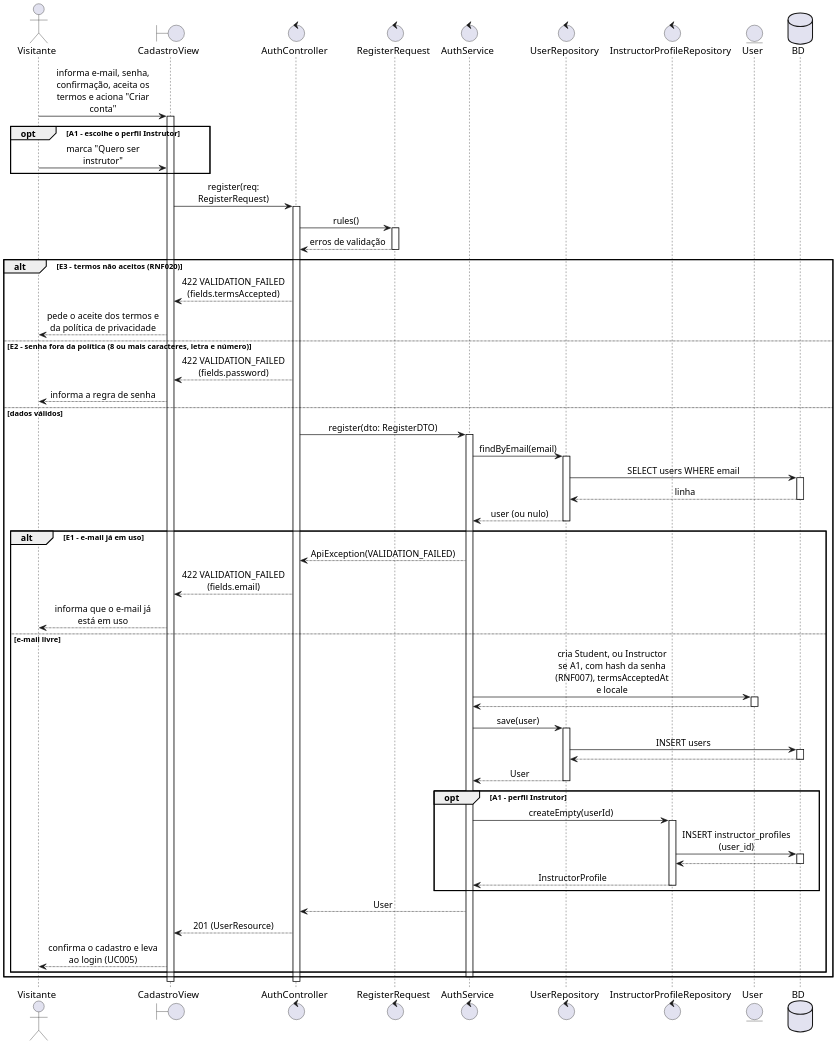
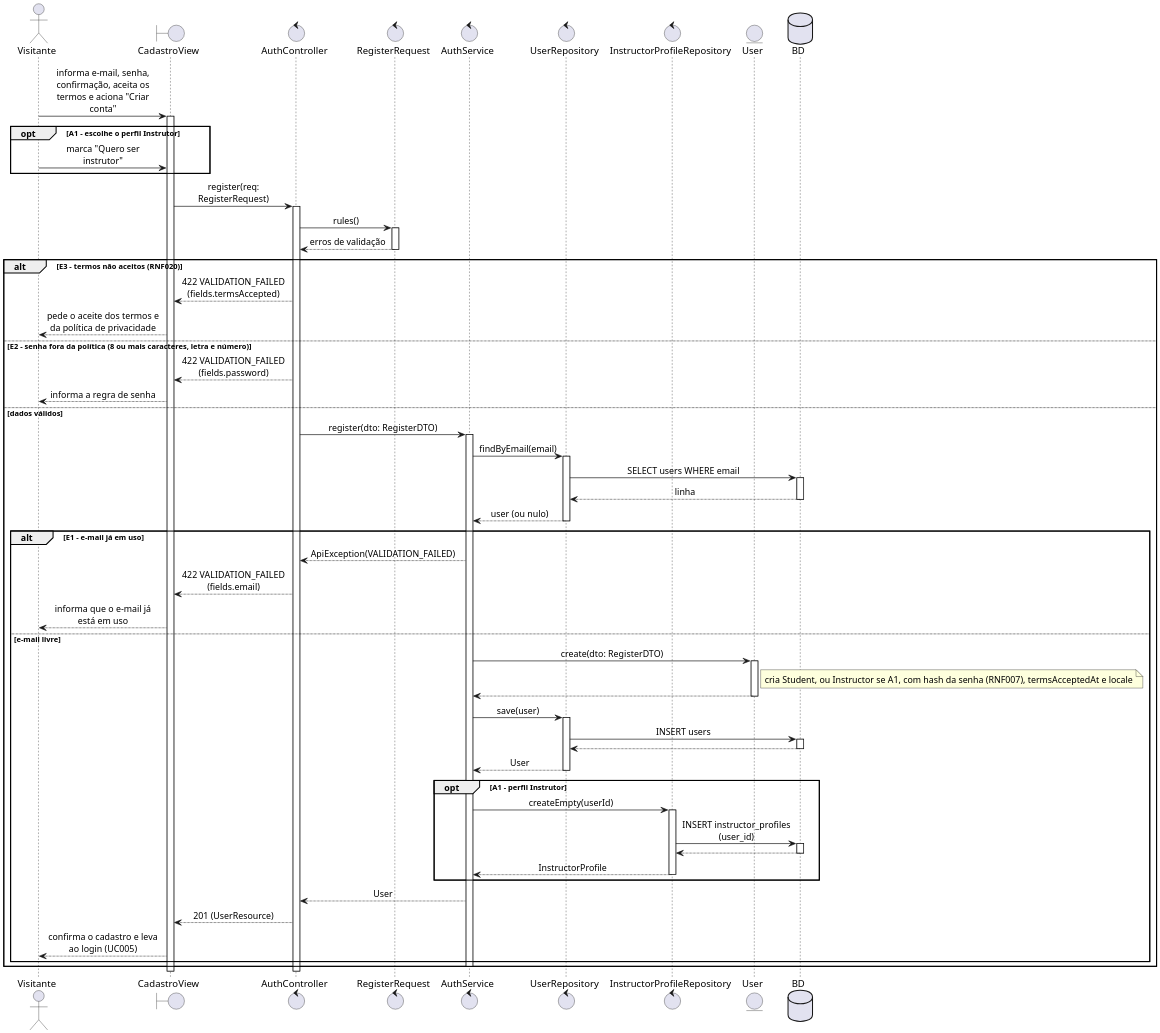
Before and after one commit to Plataforma-de-Cursos-TCC/plataforma-cursos-docs: the diagram in scripts/drawio-seqgen/exemplos/14-sequencia-uc012.puml, drawn with PlantUML. The commit also changed other lines of this file and 53 other files, not shown here.

First line of the commit message:
fix(diagrama-de-sequencia): use item 13 methods and alt rule in item 14

```diff
--- a/scripts/drawio-seqgen/exemplos/14-sequencia-uc012.puml
+++ b/scripts/drawio-seqgen/exemplos/14-sequencia-uc012.puml
@@ -3,64 +3,65 @@
 @startuml 14-sequencia-uc012
 skinparam shadowing false
 skinparam dpi 192
 skinparam defaultFontName Arial
 skinparam sequenceMessageAlign center
 skinparam responseMessageBelowArrow true
 skinparam wrapMessageWidth 170
 skinparam BoxPadding 8
 
 actor Visitante as VIS
 boundary CadastroView as V
 control AuthController as C
 control RegisterRequest as Q
 control AuthService as S
 control UserRepository as R
 control InstructorProfileRepository as IR
 entity User as U
 database BD
 
 VIS -> V ++ : informa e-mail, senha, confirmação, aceita os termos e aciona "Criar conta"
 opt A1 - escolhe o perfil Instrutor
   VIS -> V : marca "Quero ser instrutor"
 end
 V -> C ++ : register(req: RegisterRequest)
 C -> Q ++ : rules()
 Q --> C -- : erros de validação
 alt E3 - termos não aceitos (RNF020)
   C --> V : 422 VALIDATION_FAILED (fields.termsAccepted)
   V --> VIS : pede o aceite dos termos e da política de privacidade
 else E2 - senha fora da política (8 ou mais caracteres, letra e número)
   C --> V : 422 VALIDATION_FAILED (fields.password)
   V --> VIS : informa a regra de senha
 else dados válidos
   C -> S ++ : register(dto: RegisterDTO)
   S -> R ++ : findByEmail(email)
   R -> BD ++ : SELECT users WHERE email
   BD --> R -- : linha
   R --> S -- : user (ou nulo)
   alt E1 - e-mail já em uso
     S --> C : ApiException(VALIDATION_FAILED)
     C --> V : 422 VALIDATION_FAILED (fields.email)
     V --> VIS : informa que o e-mail já está em uso
   else e-mail livre
-    S -> U ++ : cria Student, ou Instructor se A1, com hash da senha (RNF007), termsAcceptedAt e locale
+    S -> U ++ : create(dto: RegisterDTO)
+    note right of U : cria Student, ou Instructor se A1, com hash da senha (RNF007), termsAcceptedAt e locale
     U --> S --
     S -> R ++ : save(user)
     R -> BD ++ : INSERT users
     BD --> R --
     R --> S -- : User
     opt A1 - perfil Instrutor
       S -> IR ++ : createEmpty(userId)
       IR -> BD ++ : INSERT instructor_profiles (user_id)
       BD --> IR --
       IR --> S -- : InstructorProfile
     end
     S --> C : User
     C --> V : 201 (UserResource)
     V --> VIS : confirma o cadastro e leva ao login (UC005)
   end
   deactivate S
 end
 deactivate C
 deactivate V
 @enduml
```
